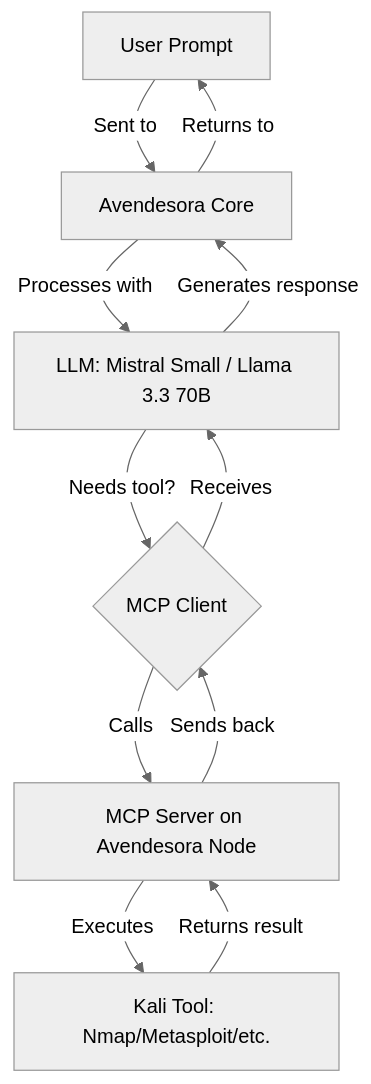
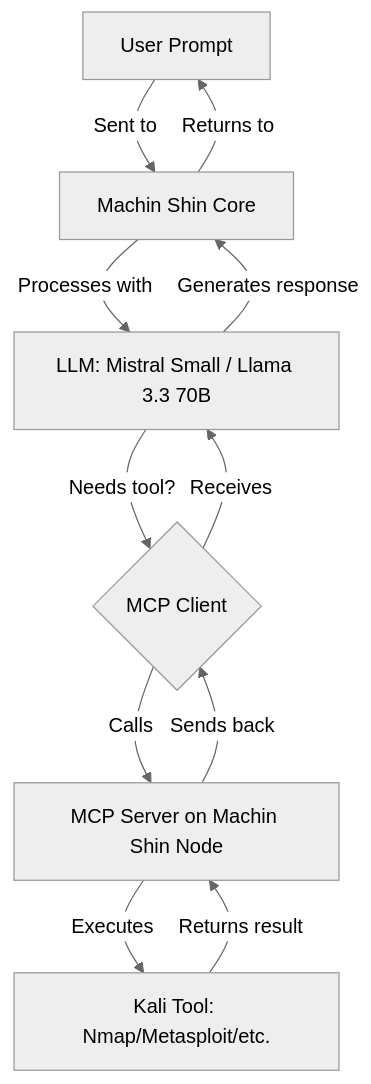
Before and after one commit to imagewize/mshin: the diagram in docs/architecture.md, drawn with Mermaid (neutral theme). The commit also changed other lines of this file and 9 other files, not shown here.

First line of the commit message:
docs: rebrand to Machin Shin and rework lore

````diff
--- a/docs/architecture.md
+++ b/docs/architecture.md
@@ -200,13 +200,13 @@
 ```mermaid
 graph TD
-    A[User Prompt] -->|Sent to| B[Avendesora Core]
+    A[User Prompt] -->|Sent to| B[Machin Shin Core]
     B -->|Processes with| C[LLM: Mistral Small / Llama 3.3 70B]
     C -->|Needs tool?| D{MCP Client}
-    D -->|Calls| E[MCP Server on Avendesora Node]
+    D -->|Calls| E[MCP Server on Machin Shin Node]
     E -->|Executes| F[Kali Tool: Nmap/Metasploit/etc.]
     F -->|Returns result| E
     E -->|Sends back| D
     D -->|Receives| C
     C -->|Generates response| B
     B -->|Returns to| A
 ```
````
